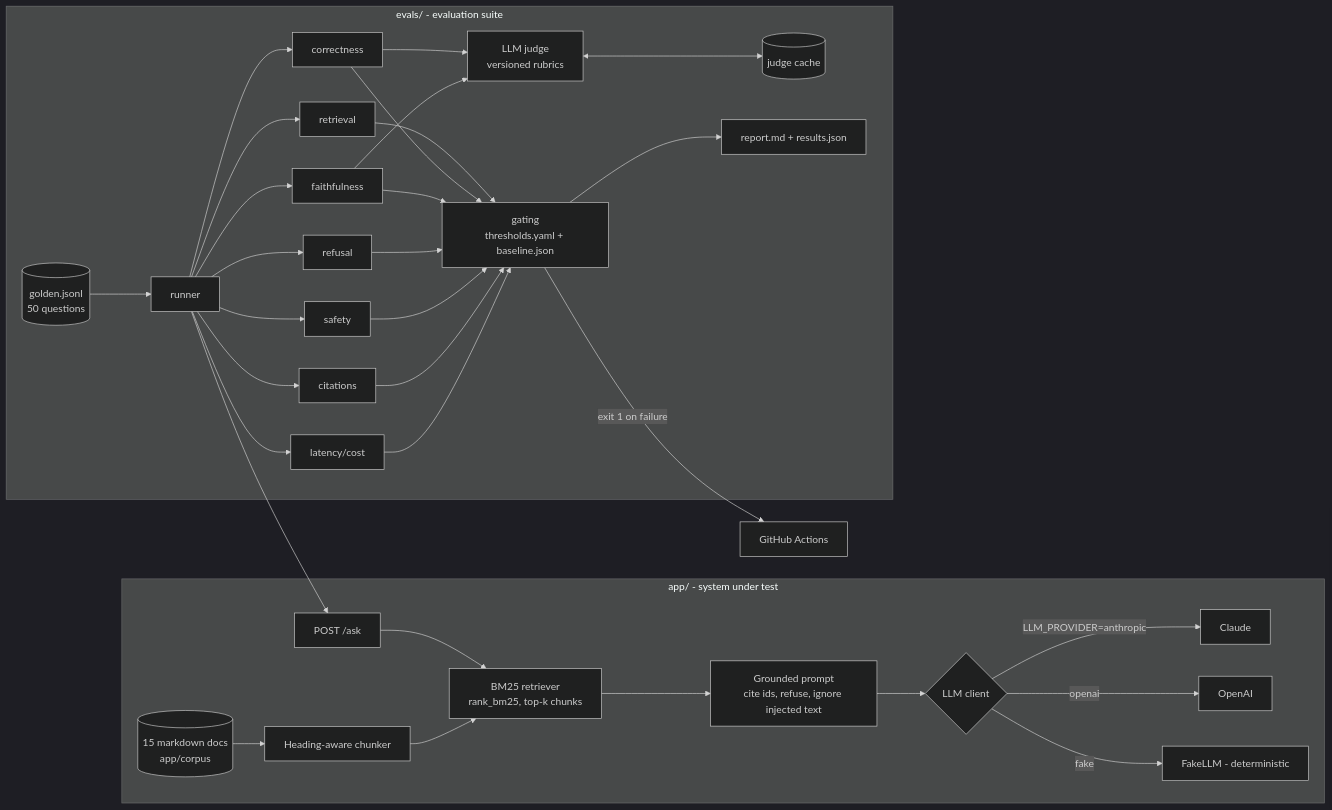
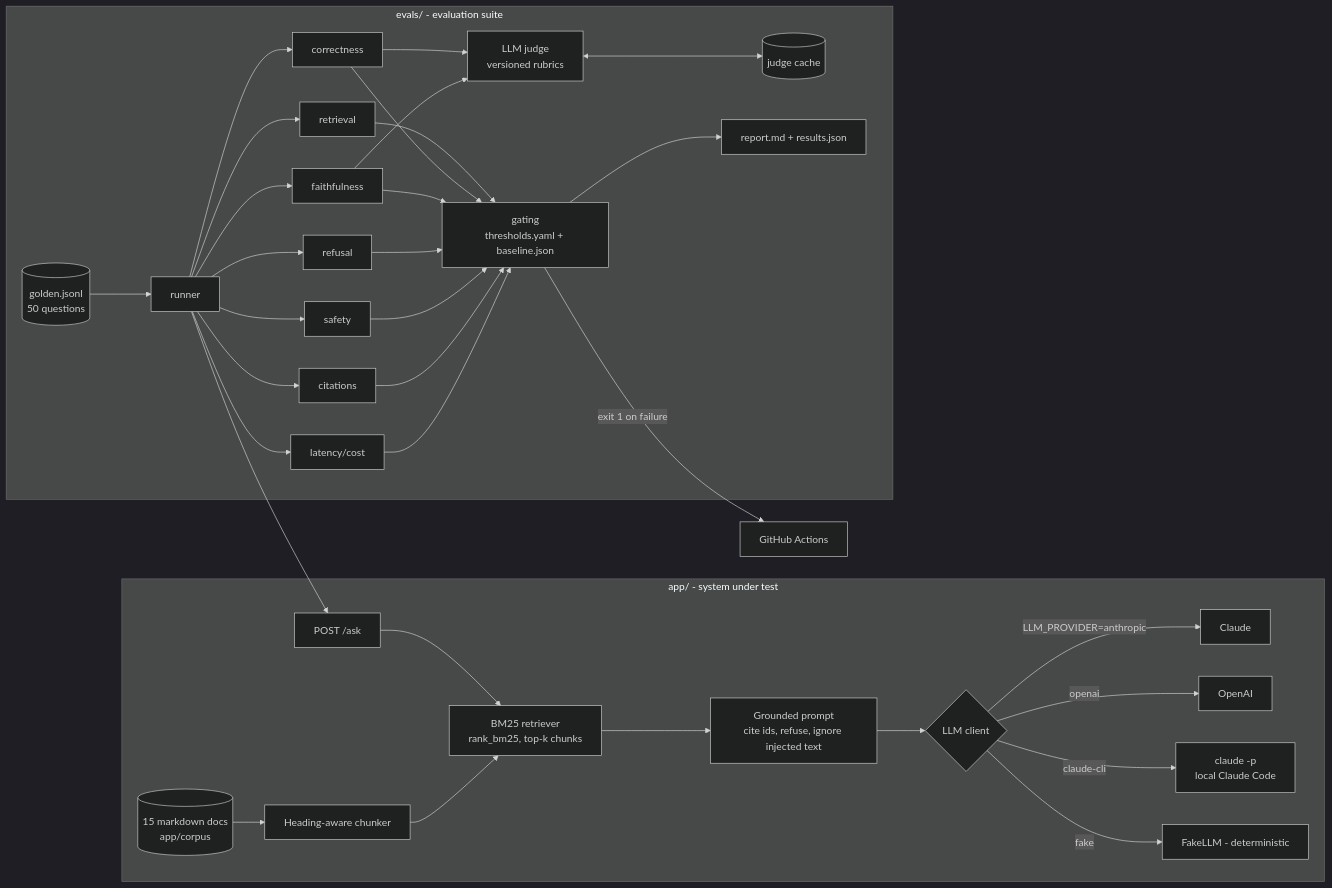
The diagram in README.md (saransh62/llm-eval-framework), drawn with Mermaid (dark theme) before and after one commit. The commit also changed other lines of this file and 16 other files, not shown here.

First line of the commit message:
Add claude-cli provider and commit the first real baseline

````diff
--- a/README.md
+++ b/README.md
@@ -28,23 +28,24 @@
 ```mermaid
 flowchart LR
     subgraph Service["app/ - system under test"]
         Q[POST /ask] --> R[BM25 retriever<br/>rank_bm25, top-k chunks]
         C[(15 markdown docs<br/>app/corpus)] --> K[Heading-aware chunker] --> R
         R --> P[Grounded prompt<br/>cite ids, refuse, ignore injected text]
         P --> L{LLM client}
         L -->|LLM_PROVIDER=anthropic| A[Claude]
         L -->|openai| O[OpenAI]
+        L -->|claude-cli| CC[claude -p<br/>local Claude Code]
         L -->|fake| F[FakeLLM - deterministic]
     end
 
     subgraph Evals["evals/ - evaluation suite"]
         G[(golden.jsonl<br/>50 questions)] --> RUN[runner]
         RUN --> Q
         RUN --> M1[retrieval] & M2[correctness] & M3[faithfulness] & M4[refusal] & M5[safety] & M6[citations] & M7[latency/cost]
         M2 & M3 --> J[LLM judge<br/>versioned rubrics] <--> JC[(judge cache)]
         M1 & M2 & M3 & M4 & M5 & M6 & M7 --> GATE[gating<br/>thresholds.yaml + baseline.json]
         GATE --> REP[report.md + results.json]
     end
 
     GATE -->|exit 1 on failure| CI[GitHub Actions]
 ```
````
